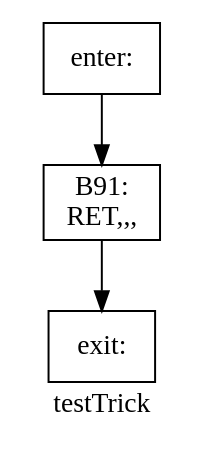
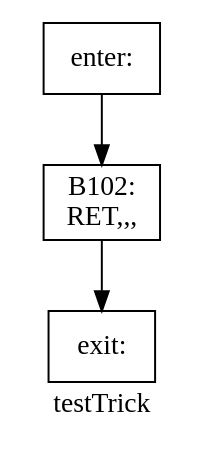
The diagram in Compiler/basic_block/dot/testTrick.dot (yifan123/Compiler), drawn with Graphviz before and after one commit. The commit also changed 392 other files, not shown here.

Commit message:
完工，做了以下优化： 1. 常量折叠 2. 划分基本块并使用graphviz绘制控制流图 3. 在parser时直接将所有常量的值计算出来 4. 到达定义分析，计算d-u链和活跃变量分析 5. 构建冲突图，图着色 6. 全局寄存器分配加寄存器池 7.栈传参改为寄存器传参

```diff
--- a/Compiler/basic_block/dot/testTrick.dot
+++ b/Compiler/basic_block/dot/testTrick.dot
@@ -1,8 +1,8 @@
 digraph testTrick{
 label =testTrick
-B91[label="B91:\nRET,,,\n" shape=box]
+B102[label="B102:\nRET,,,\n" shape=box]
 enter[label="enter:\n" shape=box]
 exit[label="exit:\n" shape=box]
-B91->exit
-enter->B91
+B102->exit
+enter->B102
 }
```
